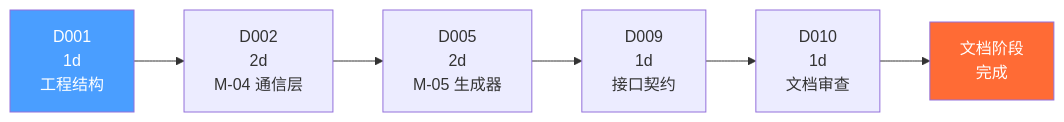
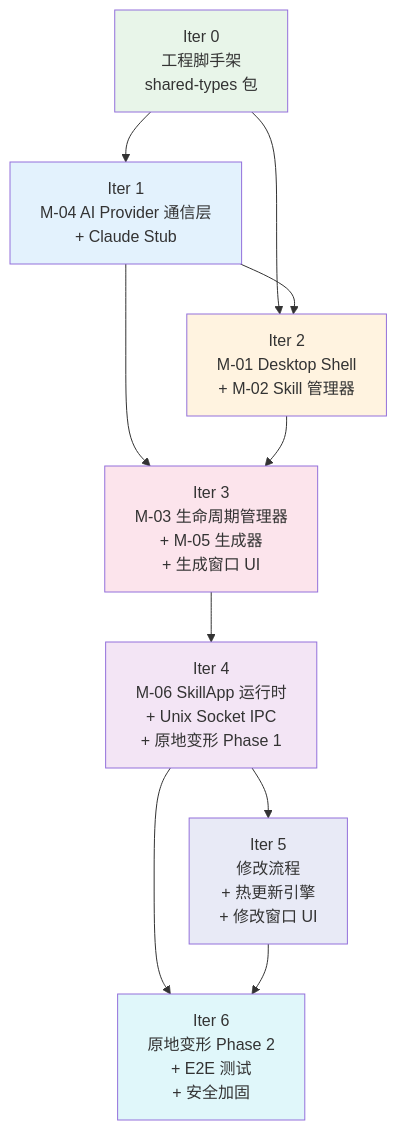
One commit to digimads-lab/intent-os changed the diagram in docs/dev-plan.md. Above: the diagram before and after it, drawn with Mermaid. The commit also changed other lines of this file, not shown here.

````diff
--- a/docs/dev-plan.md
+++ b/docs/dev-plan.md
@@ -490,12 +501,34 @@
 ```mermaid
-flowchart LR
-    D001["D001\n1d\n工程结构"] -->
-    D002["D002\n2d\nM-04 通信层"] -->
-    D005["D005\n2d\nM-05 生成器"] -->
-    D009["D009\n1d\n接口契约"] -->
-    D010["D010\n1d\n文档审查"] -->
-    M0["文档阶段\n完成"]
+graph TD
+    I0["Iter 0\n工程脚手架\nshared-types 包"]
 
-    style D001 fill:#4a9eff,color:#fff
-    style M0 fill:#ff6b35,color:#fff
+    I1["Iter 1\nM-04 AI Provider 通信层\n+ Claude Stub"]
+
+    I2["Iter 2\nM-01 Desktop Shell\n+ M-02 Skill 管理器"]
+
+    I3["Iter 3\nM-03 生命周期管理器\n+ M-05 生成器\n+ 生成窗口 UI"]
+
+    I4["Iter 4\nM-06 SkillApp 运行时\n+ Unix Socket IPC\n+ 原地变形 Phase 1"]
+
+    I5["Iter 5\n修改流程\n+ 热更新引擎\n+ 修改窗口 UI"]
+
+    I6["Iter 6\n原地变形 Phase 2\n+ E2E 测试\n+ 安全加固"]
+
+    I0 --> I1
+    I0 --> I2
+    I1 --> I2
+    I1 --> I3
+    I2 --> I3
+    I3 --> I4
+    I4 --> I5
+    I4 --> I6
+    I5 --> I6
+
+    style I0 fill:#e8f5e9
+    style I1 fill:#e3f2fd
+    style I2 fill:#fff3e0
+    style I3 fill:#fce4ec
+    style I4 fill:#f3e5f5
+    style I5 fill:#e8eaf6
+    style I6 fill:#e0f7fa
 ```
````
